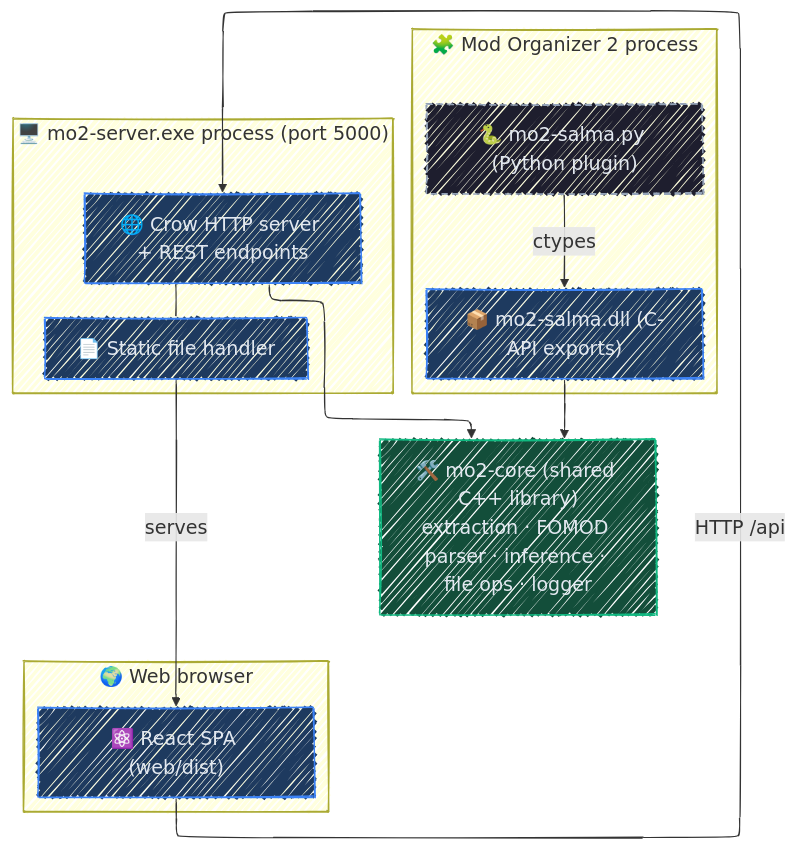
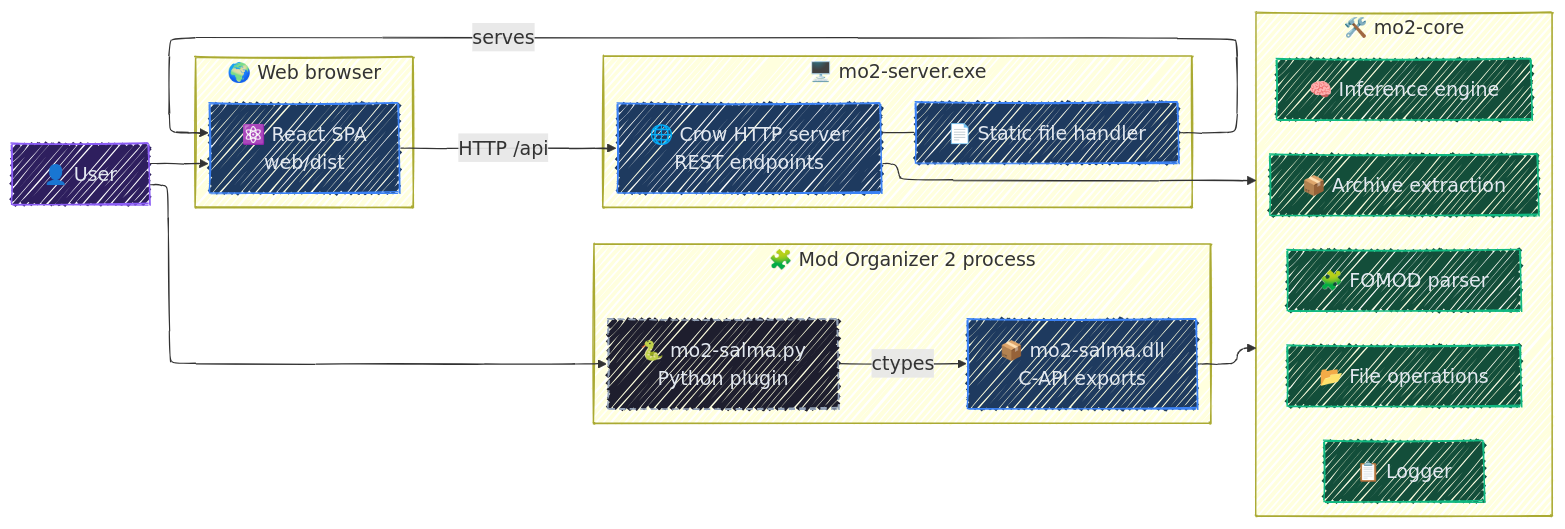
The third of 3 diagrams in README.md (lextpf/salma), drawn with Mermaid before and after one commit. The commit also changed other lines of this file, not shown here.

Commit message:
📝 Simplify Interface diagram and expand Architecture diagram

````diff
--- a/README.md
+++ b/README.md
@@ -221,37 +206,49 @@
 ```mermaid
 ---
 config:
   look: handDrawn
   theme: mc
   themeVariables:
     fontSize: 18px
   layout: elk
 ---
-graph TB
+graph LR
     classDef host fill:#1e1e2e,stroke:#94a3b8,color:#e2e8f0,stroke-dasharray:6 4
     classDef artifact fill:#1e3a5f,stroke:#3b82f6,color:#e2e8f0
     classDef core fill:#134e3a,stroke:#10b981,color:#e2e8f0
+    classDef user fill:#2e1f5e,stroke:#8b5cf6,color:#e2e8f0
+
+    User["👤 User"]:::user
 
     subgraph MO2["🧩 Mod Organizer 2 process"]
-        Plugin["🐍 mo2-salma.py (Python plugin)"]:::host
-        DLL["📦 mo2-salma.dll (C-API exports)"]:::artifact
-        Plugin -- ctypes --> DLL
-    end
-
-    subgraph SrvHost["🖥️ mo2-server.exe process (port 5000)"]
-        Server["🌐 Crow HTTP server + REST endpoints"]:::artifact
-        Static["📄 Static file handler"]:::artifact
-        Server --- Static
+        Plugin["🐍 mo2-salma.py<br/>Python plugin"]:::host
+        DLL["📦 mo2-salma.dll<br/>C-API exports"]:::artifact
     end
 
     subgraph Browser["🌍 Web browser"]
-        SPA["⚛️ React SPA (web/dist)"]:::artifact
+        SPA["⚛️ React SPA<br/>web/dist"]:::artifact
     end
 
-    Core["🛠️ mo2-core (shared C++ library)<br/>extraction · FOMOD parser · inference · file ops · logger"]:::core
+    subgraph SrvHost["🖥️ mo2-server.exe"]
+        Server["🌐 Crow HTTP server<br/>REST endpoints"]:::artifact
+        Static["📄 Static file handler"]:::artifact
+    end
+
+    subgraph Core["🛠️ mo2-core"]
+        Archive["📦 Archive extraction"]:::core
+        Parser["🧩 FOMOD parser"]:::core
+        Infer["🧠 Inference engine"]:::core
+        FileOps["📂 File operations"]:::core
+        Log["📋 Logger"]:::core
+    end
+
+    User --> Plugin
+    User --> SPA
+    Plugin -- ctypes --> DLL
+    SPA -- "HTTP /api" --> Server
+    Static -- "serves" --> SPA
+    Server --- Static
 
     DLL --> Core
     Server --> Core
-    SPA -- "HTTP /api" --> Server
-    Static -- "serves" --> SPA
 ```
````
